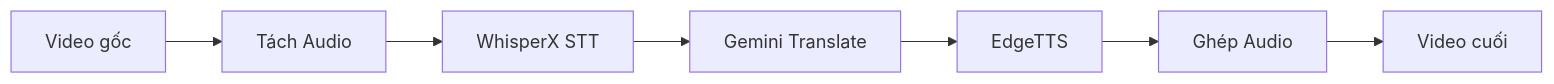
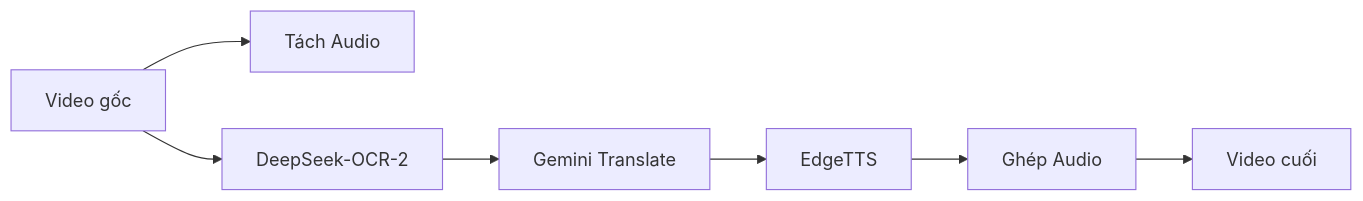
The first of 3 diagrams in docs/workflow.md (ThanhVoKim/CharenjiZukan), drawn with Mermaid before and after one commit. The commit also changed other lines of this file and 9 other files, not shown here.

````diff
--- a/docs/workflow.md
+++ b/docs/workflow.md
@@ -38,9 +38,9 @@
 ```mermaid
 flowchart LR
     A[Video gốc] --> B[Tách Audio]
-    B --> C[WhisperX STT]
+    A --> C[DeepSeek-OCR-2]
     C --> D[Gemini Translate]
     D --> E[EdgeTTS]
     E --> F[Ghép Audio]
     F --> G[Video cuối]
 ```
````
